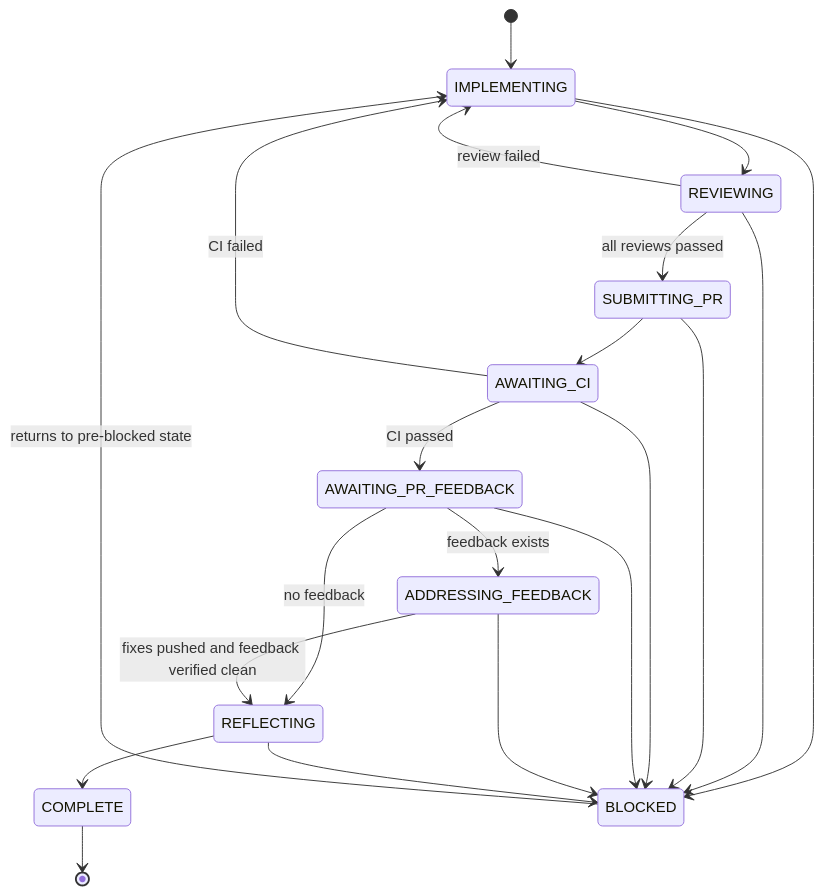
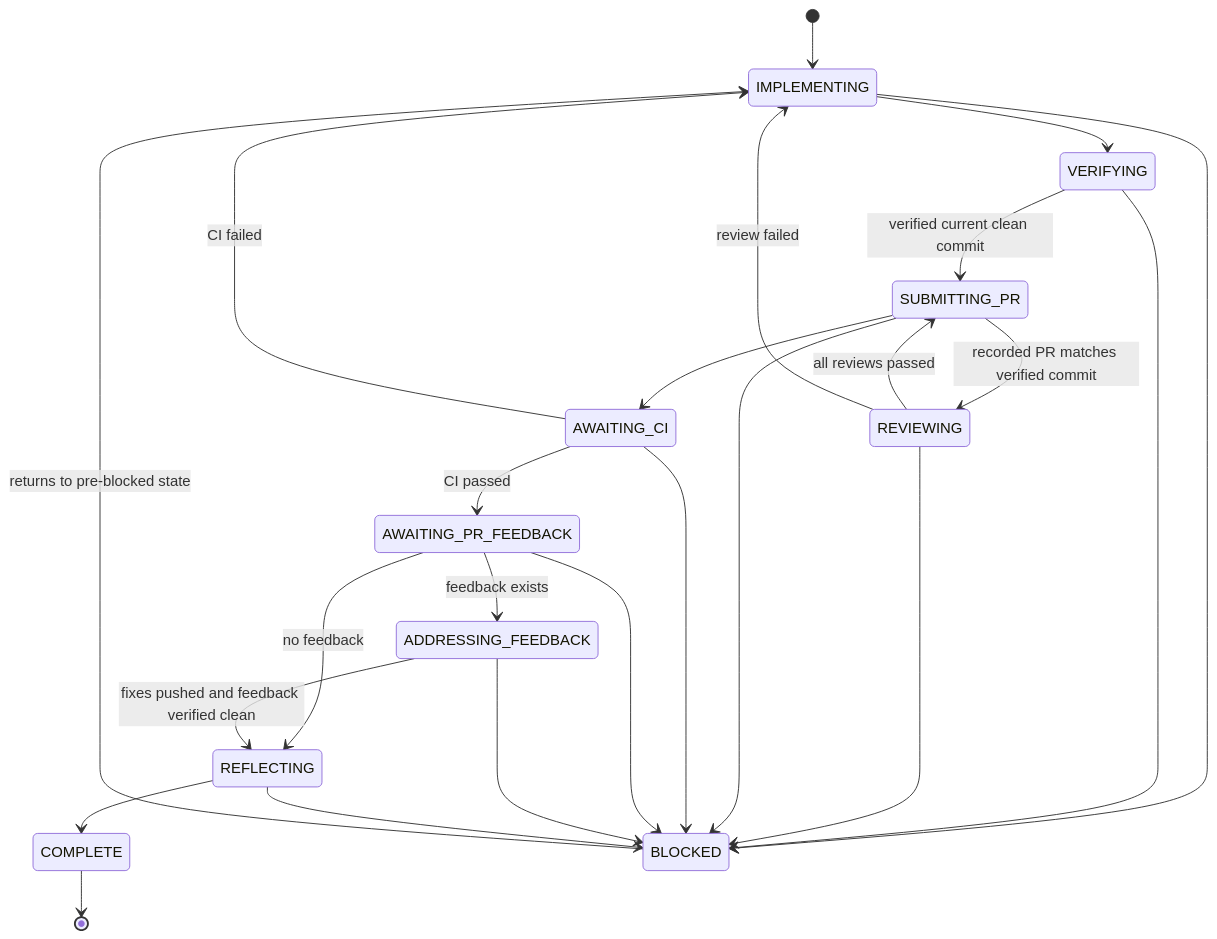
The diagram in tools/dev-workflow-v2/README.md (NTCoding/living-architecture), drawn with Mermaid before and after one commit. The commit also changed other lines of this file and 41 other files, not shown here.

````diff
--- a/tools/dev-workflow-v2/README.md
+++ b/tools/dev-workflow-v2/README.md
@@ -211,24 +217,27 @@
 ```mermaid
 stateDiagram-v2
     [*] --> IMPLEMENTING
-    IMPLEMENTING --> REVIEWING
+    IMPLEMENTING --> VERIFYING
+    VERIFYING --> SUBMITTING_PR : verified current clean commit
+    SUBMITTING_PR --> REVIEWING : recorded PR matches verified commit
     REVIEWING --> SUBMITTING_PR : all reviews passed
     REVIEWING --> IMPLEMENTING : review failed
     SUBMITTING_PR --> AWAITING_CI
     AWAITING_CI --> AWAITING_PR_FEEDBACK : CI passed
     AWAITING_CI --> IMPLEMENTING : CI failed
     AWAITING_PR_FEEDBACK --> REFLECTING : no feedback
     AWAITING_PR_FEEDBACK --> ADDRESSING_FEEDBACK : feedback exists
     ADDRESSING_FEEDBACK --> REFLECTING : fixes pushed and feedback verified clean
     REFLECTING --> COMPLETE
     COMPLETE --> [*]
 
     IMPLEMENTING --> BLOCKED
+    VERIFYING --> BLOCKED
     REVIEWING --> BLOCKED
     SUBMITTING_PR --> BLOCKED
     AWAITING_CI --> BLOCKED
     AWAITING_PR_FEEDBACK --> BLOCKED
     ADDRESSING_FEEDBACK --> BLOCKED
     REFLECTING --> BLOCKED
     BLOCKED --> IMPLEMENTING : returns to pre-blocked state
 ```
````
